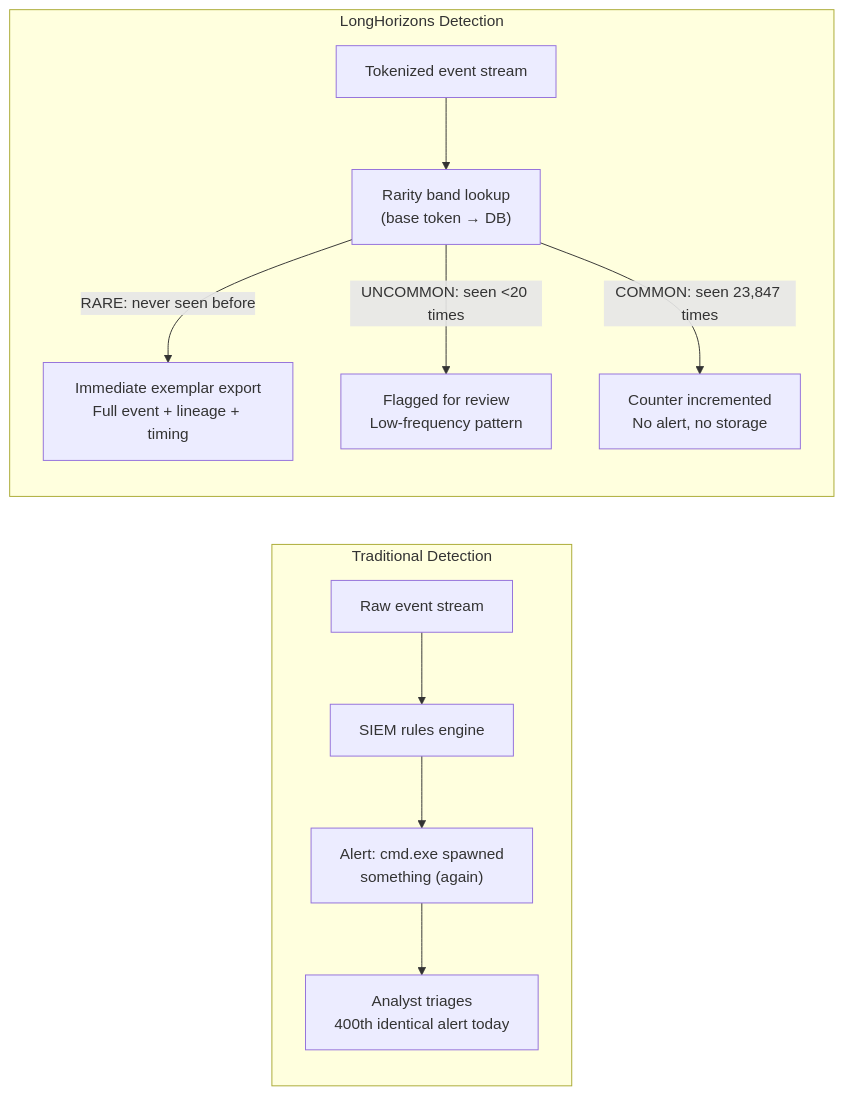
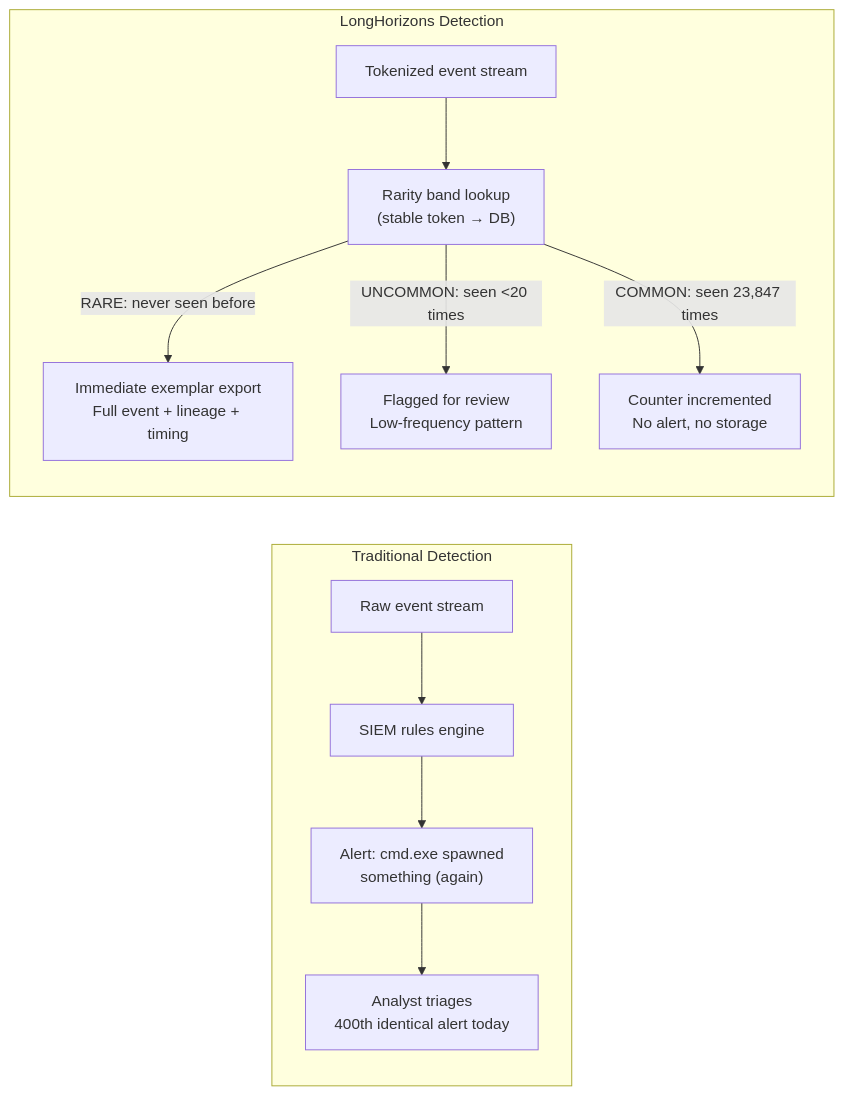
One commit to LongHorizons/WindOH changed the fourth of 5 diagrams in LongHorizons/README.md. Above: the diagram before and after it, drawn with Mermaid. The commit also changed other lines of this file and 14 other files, not shown here.

First line of the commit message:
Rename base token -> stable token across all documentation

````diff
--- a/LongHorizons/README.md
+++ b/LongHorizons/README.md
@@ -183,15 +183,15 @@
 ```mermaid
 flowchart LR
     subgraph Traditional["Traditional Detection"]
         T1["Raw event stream"] --> T2["SIEM rules engine"]
         T2 --> T3["Alert: cmd.exe spawned\nsomething (again)"]
         T3 --> T4["Analyst triages\n400th identical alert today"]
     end
 
     subgraph LongHorizons["LongHorizons Detection"]
-        L1["Tokenized event stream"] --> L2["Rarity band lookup\n(base token → DB)"]
+        L1["Tokenized event stream"] --> L2["Rarity band lookup\n(stable token → DB)"]
         L2 -->|"RARE: never seen before"| L3["Immediate exemplar export\nFull event + lineage + timing"]
         L2 -->|"UNCOMMON: seen <20 times"| L4["Flagged for review\nLow-frequency pattern"]
         L2 -->|"COMMON: seen 23,847 times"| L5["Counter incremented\nNo alert, no storage"]
     end
 ```
````
